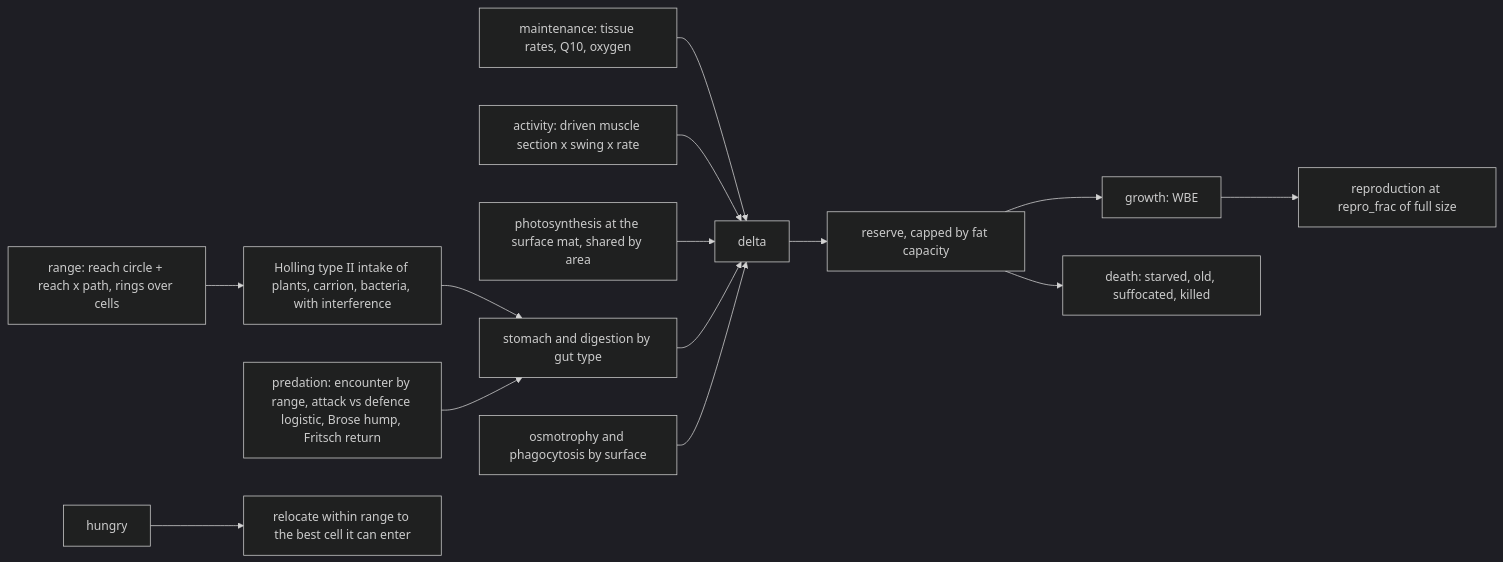
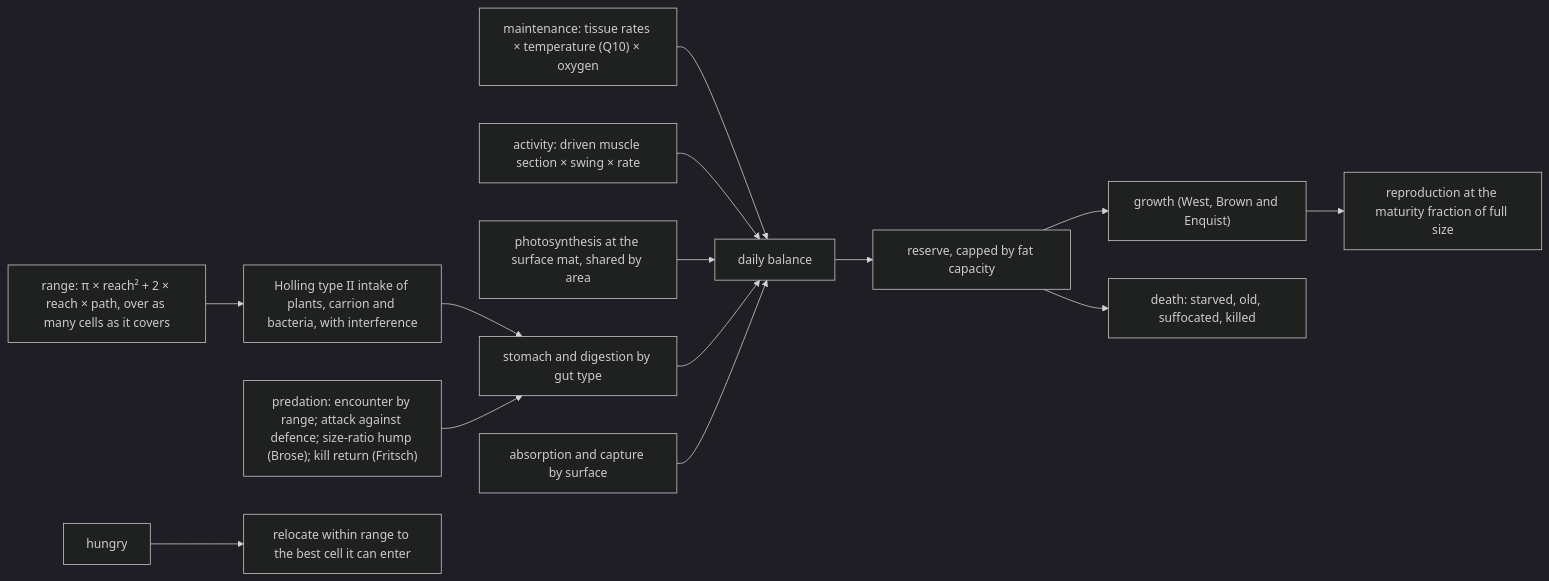
One commit to Tubbles/evo-planet changed the fourth of 5 diagrams in docs/SPEC.md. Above: the diagram before and after it, drawn with Mermaid (dark theme). The commit also changed other lines of this file and 13 other files, not shown here.

````diff
--- a/docs/SPEC.md
+++ b/docs/SPEC.md
@@ -314,16 +360,16 @@
 ```mermaid
 flowchart LR
-  MB[maintenance: tissue rates, Q10, oxygen] --> DL[delta]
-  AC[activity: driven muscle section x swing x rate] --> DL
-  PH[photosynthesis at the surface mat, shared by area] --> DL
-  RG[range: reach circle + reach x path, rings over cells] --> FR[Holling type II intake of plants, carrion, bacteria, with interference]
-  FR --> GT[stomach and digestion by gut type]
+  MB["maintenance: tissue rates × temperature (Q10) × oxygen"] --> DL[daily balance]
+  AC["activity: driven muscle section × swing × rate"] --> DL
+  PH["photosynthesis at the surface mat, shared by area"] --> DL
+  RG["range: π × reach² + 2 × reach × path, over as many cells as it covers"] --> FR["Holling type II intake of plants, carrion and bacteria, with interference"]
+  FR --> GT["stomach and digestion by gut type"]
   GT --> DL
-  OS[osmotrophy and phagocytosis by surface] --> DL
-  PR[predation: encounter by range, attack vs defence logistic, Brose hump, Fritsch return] --> GT
-  DL --> RV[reserve, capped by fat capacity]
-  RV --> GW[growth: WBE]
-  GW --> RP[reproduction at repro_frac of full size]
-  RV --> DT[death: starved, old, suffocated, killed]
-  HG[hungry] --> MV[relocate within range to the best cell it can enter]
+  OS["absorption and capture by surface"] --> DL
+  PR["predation: encounter by range; attack against defence; size-ratio hump (Brose); kill return (Fritsch)"] --> GT
+  DL --> RV["reserve, capped by fat capacity"]
+  RV --> GW["growth (West, Brown and Enquist)"]
+  GW --> RP["reproduction at the maturity fraction of full size"]
+  RV --> DT["death: starved, old, suffocated, killed"]
+  HG[hungry] --> MV["relocate within range to the best cell it can enter"]
 ```
````
